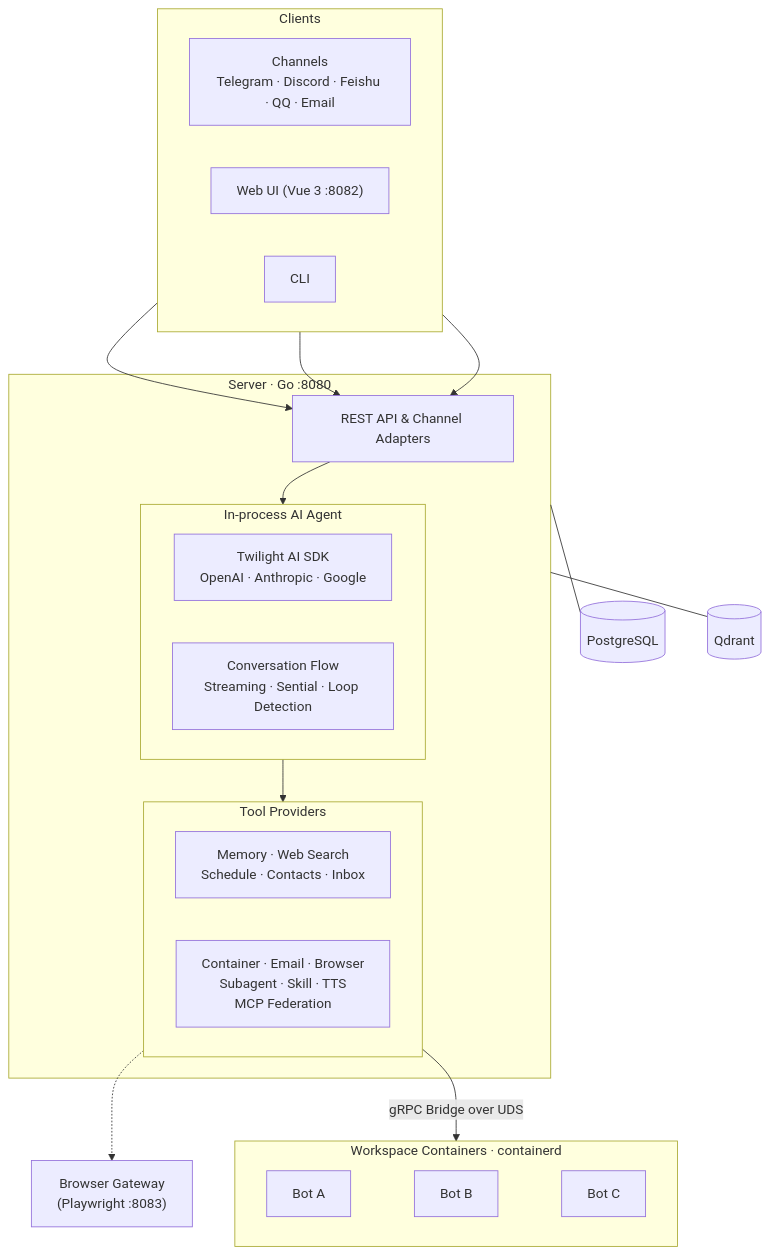
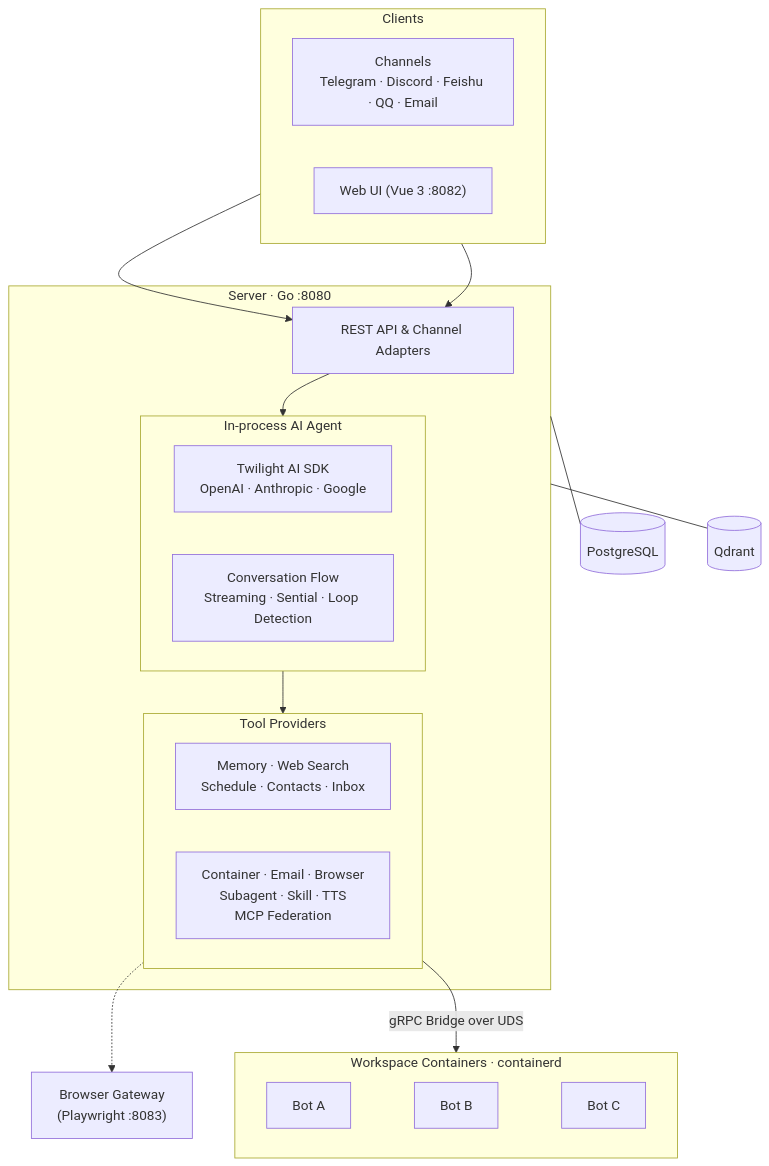
Before and after one commit to memohai/Memoh: the diagram in README.md, drawn with Mermaid. The commit also changed other lines of this file and 25 other files, not shown here.

````diff
--- a/README.md
+++ b/README.md
@@ -139,42 +139,41 @@
 ```mermaid
 flowchart TB
     subgraph Clients [" Clients "]
         direction LR
         CH["Channels<br/>Telegram · Discord · Feishu · QQ · Email"]
         WEB["Web UI (Vue 3 :8082)"]
-        CLI["CLI"]
     end
 
-    CH & WEB & CLI --> API
+    CH & WEB --> API
 
     subgraph Server [" Server · Go :8080 "]
         API["REST API & Channel Adapters"]
 
         subgraph Agent [" In-process AI Agent "]
             TWILIGHT["Twilight AI SDK<br/>OpenAI · Anthropic · Google"]
             CONV["Conversation Flow<br/>Streaming · Sential · Loop Detection"]
         end
 
         subgraph ToolProviders [" Tool Providers "]
             direction LR
             T_CORE["Memory · Web Search<br/>Schedule · Contacts · Inbox"]
             T_EXT["Container · Email · Browser<br/>Subagent · Skill · TTS<br/>MCP Federation"]
         end
 
         API --> Agent --> ToolProviders
     end
 
     PG[("PostgreSQL")]
     QD[("Qdrant")]
     BROWSER["Browser Gateway<br/>(Playwright :8083)"]
 
     subgraph Workspace [" Workspace Containers · containerd "]
         direction LR
         BA["Bot A"] ~~~ BB["Bot B"] ~~~ BC["Bot C"]
     end
 
     Server --- PG
     Server --- QD
     ToolProviders -.-> BROWSER
     ToolProviders -- "gRPC Bridge over UDS" --> Workspace
 ```
````
